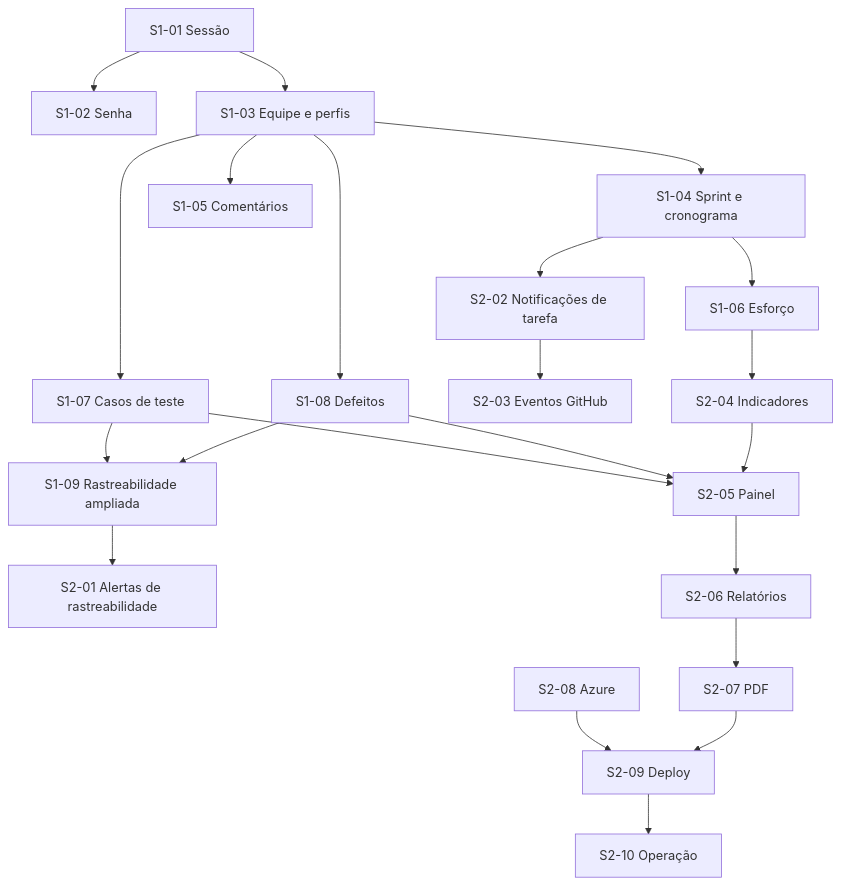
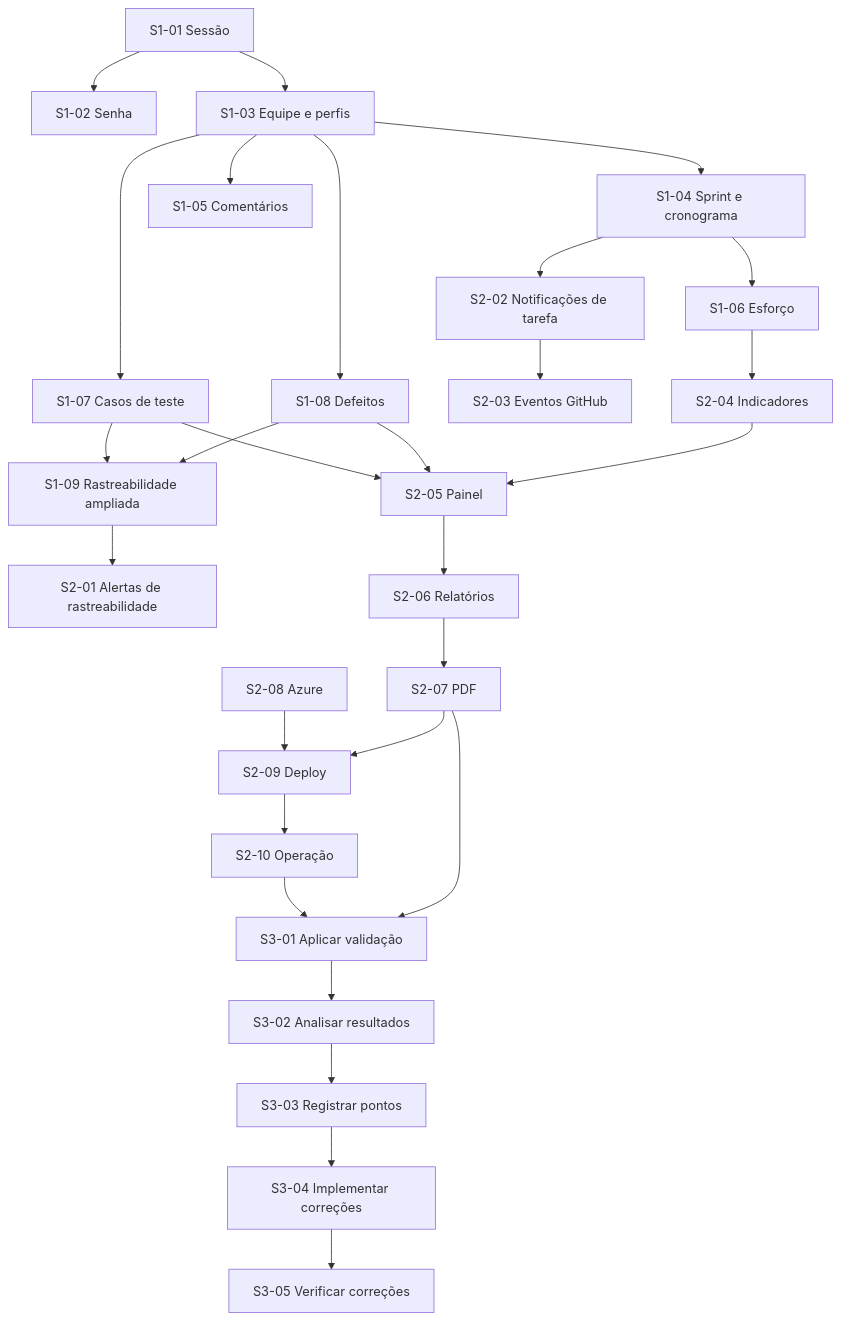
The third of 3 diagrams in TRACEFLOW_ROADMAP_INCREMENTAL.md (iYoNuttxD/Traceflow), drawn with Mermaid before and after one commit. The commit also changed other lines of this file, not shown here.

Commit message:
docs: adiciona sprint 3 de validação e aperfeiçoamento

````diff
--- a/TRACEFLOW_ROADMAP_INCREMENTAL.md
+++ b/TRACEFLOW_ROADMAP_INCREMENTAL.md
@@ -563,22 +750,28 @@
 ```mermaid
 flowchart TD
     A[S1-01 Sessão] --> B[S1-02 Senha]
     A --> C[S1-03 Equipe e perfis]
     C --> D[S1-04 Sprint e cronograma]
     C --> E[S1-05 Comentários]
     D --> F[S1-06 Esforço]
     C --> G[S1-07 Casos de teste]
     C --> H[S1-08 Defeitos]
     G --> I[S1-09 Rastreabilidade ampliada]
     H --> I
     I --> J[S2-01 Alertas de rastreabilidade]
     D --> K[S2-02 Notificações de tarefa]
     K --> L[S2-03 Eventos GitHub]
     F --> M[S2-04 Indicadores]
     G --> N[S2-05 Painel]
     H --> N
     M --> N --> O[S2-06 Relatórios] --> P[S2-07 PDF]
     Q[S2-08 Azure] --> R[S2-09 Deploy]
     R --> S[S2-10 Operação]
     P --> R
+    S --> V[S3-01 Aplicar validação]
+    P --> V
+    V --> W[S3-02 Analisar resultados]
+    W --> X[S3-03 Registrar pontos]
+    X --> Y[S3-04 Implementar correções]
+    Y --> Z[S3-05 Verificar correções]
 ```
````
